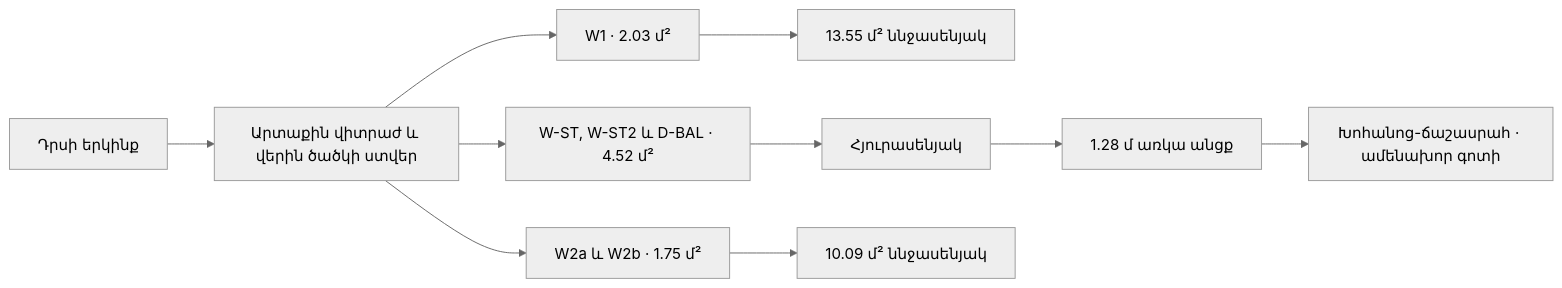
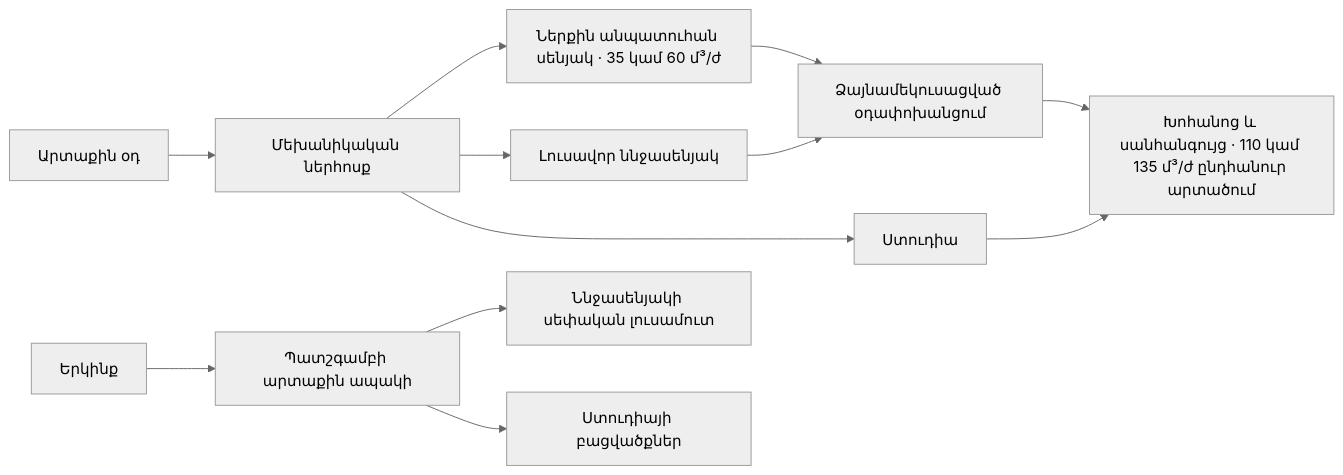
One commit to gourgen-grigoryan/apartment-replanning-2026 changed the second of 4 diagrams in docs/DIAGRAMS.md. Above: the diagram before and after it, drawn with Mermaid (neutral theme). The commit also changed other lines of this file and 23 other files, not shown here.

````diff
--- a/docs/DIAGRAMS.md
+++ b/docs/DIAGRAMS.md
@@ -35,8 +28,14 @@
 ```mermaid
 flowchart LR
-    Sky["Դրսի երկինք"] --> G["Արտաքին վիտրաժ և վերին ծածկի ստվեր"]
-    G --> W1["W1 · 2.03 մ²"] --> B1["13.55 մ² ննջասենյակ"]
-    G --> WS["W-ST, W-ST2 և D-BAL · 4.52 մ²"] --> ST["Հյուրասենյակ"]
-    ST --> Neck["1.28 մ առկա անցք"] --> K["Խոհանոց-ճաշասրահ · ամենախոր գոտի"]
-    G --> W2["W2a և W2b · 1.75 մ²"] --> B2["10.09 մ² ննջասենյակ"]
+    OUT["Արտաքին օդ"] --> FAN["Մեխանիկական ներհոսք"]
+    FAN --> B2["Ներքին անպատուհան սենյակ · 35 կամ 60 մ³/ժ"]
+    FAN --> B1["Լուսավոր ննջասենյակ"]
+    FAN --> ST["Ստուդիա"]
+    B2 --> H["Ձայնամեկուսացված օդափոխանցում"]
+    B1 --> H
+    H --> EX["Խոհանոց և սանհանգույց · 110 կամ 135 մ³/ժ ընդհանուր արտածում"]
+    ST --> EX
+    SKY["Երկինք"] --> GL["Պատշգամբի արտաքին ապակի"]
+    GL --> WB["Ննջասենյակի սեփական լուսամուտ"]
+    GL --> WS["Ստուդիայի բացվածքներ"]
 ```
````
